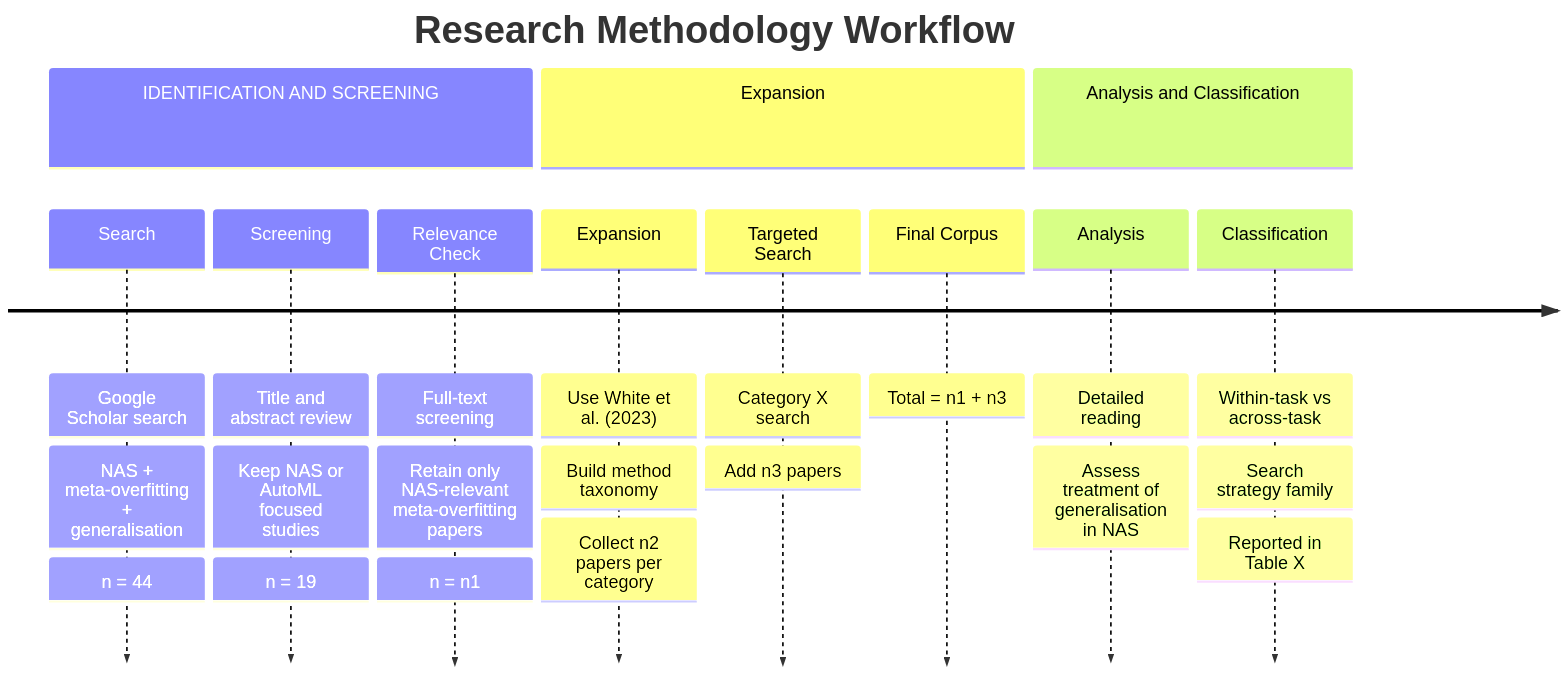
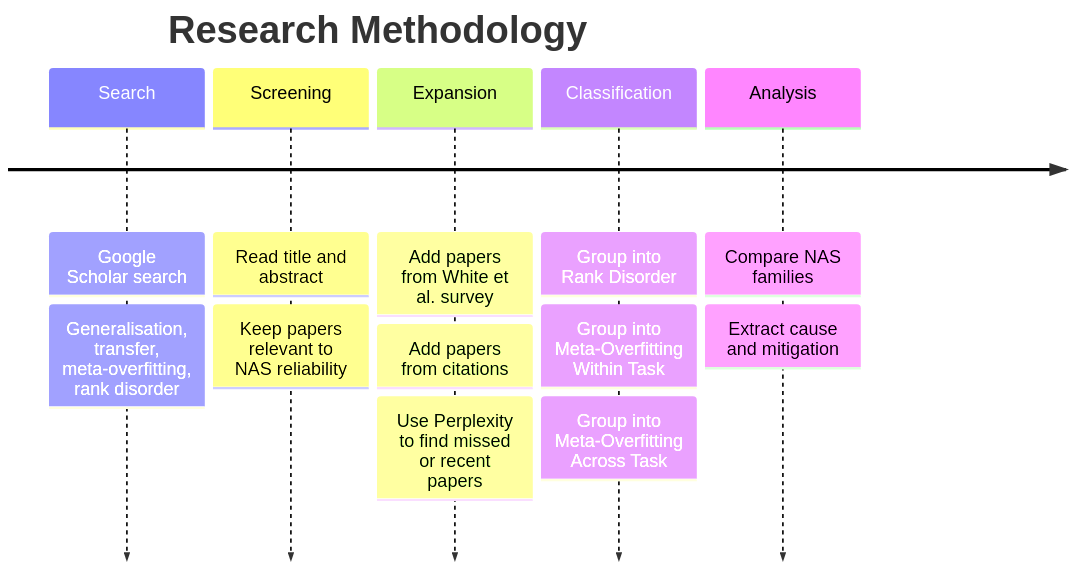
One commit to SmellingSalt/pythonQuickAndDirty changed the diagram in src/mermaid/timeline.md. Above: the diagram before and after it, drawn with Mermaid. The commit also changed 6 other files, not shown here.

Commit message:
qualifier Graphs

````diff
--- a/src/mermaid/timeline.md
+++ b/src/mermaid/timeline.md
@@ -1,36 +1,22 @@
 ```mermaid
 %%{init: {'themeVariables': { 'fontSize': '22px' }}}%%
 timeline
-    title Research Methodology Workflow
+    title Research Methodology
 
-    section IDENTIFICATION AND SCREENING
     Search : Google Scholar search
-           : NAS + meta-overfitting + generalisation
-           : n = 44
+           : Generalisation, transfer, meta-overfitting, rank disorder
 
-    Screening : Title and abstract review
-              : Keep NAS or AutoML focused studies
-              : n = 19
+    Screening : Read title and abstract
+              : Keep papers relevant to NAS reliability
 
-    Relevance Check : Full-text screening
-                    : Retain only NAS-relevant meta-overfitting papers
-                    : n = n1
+    Expansion : Add papers from White et al. survey
+              : Add papers from citations
+              : Use Perplexity to find missed or recent papers
 
-    section Expansion
-    Expansion : Use White et al. (2023)
-              : Build method taxonomy
-              : Collect n2 papers per category
+    Classification : Group into Rank Disorder
+                   : Group into Meta-Overfitting Within Task
+                   : Group into Meta-Overfitting Across Task
 
-    Targeted Search : Category X search
-                    : Add n3 papers
-
-    Final Corpus : Total = n1 + n3
-
-    section Analysis and Classification
-    Analysis : Detailed reading
-             : Assess treatment of generalisation in NAS
-
-    Classification : Within-task vs across-task
-                   : Search strategy family
-                   : Reported in Table X
+    Analysis : Compare NAS families
+             : Extract cause and mitigation
 ```
````
